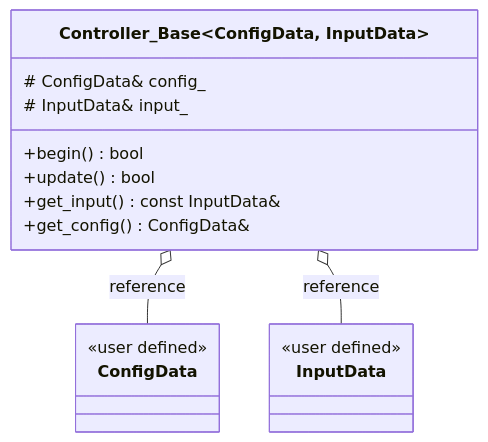
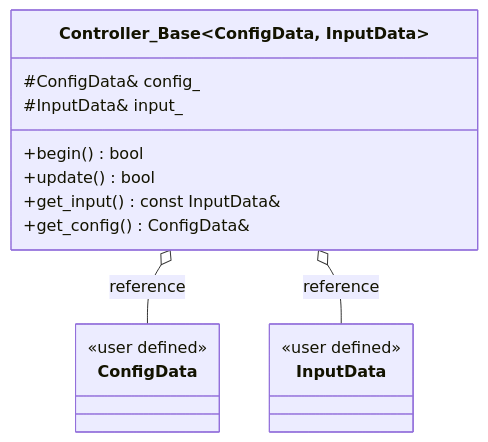
Before and after one commit to Tomoooji/esp32-controller: the first of 2 diagrams in README.md, drawn with Mermaid. The commit also changed other lines of this file, not shown here.

````diff
--- a/README.md
+++ b/README.md
@@ -90,23 +91,23 @@
 ```mermaid
 classDiagram
     class Controller_Base~ConfigData, InputData~ {
-        # ConfigData& config_
-        # InputData& input_
+        #ConfigData& config_
+        #InputData& input_
 
         +begin() bool
         +update() bool
         +get_input() const InputData&
         +get_config() ConfigData&
     }
 
     class ConfigData {
         <<user defined>>
     }
 
     class InputData {
         <<user defined>>
     }
 
     Controller_Base o-- ConfigData : reference
     Controller_Base o-- InputData : reference
 ```
````
